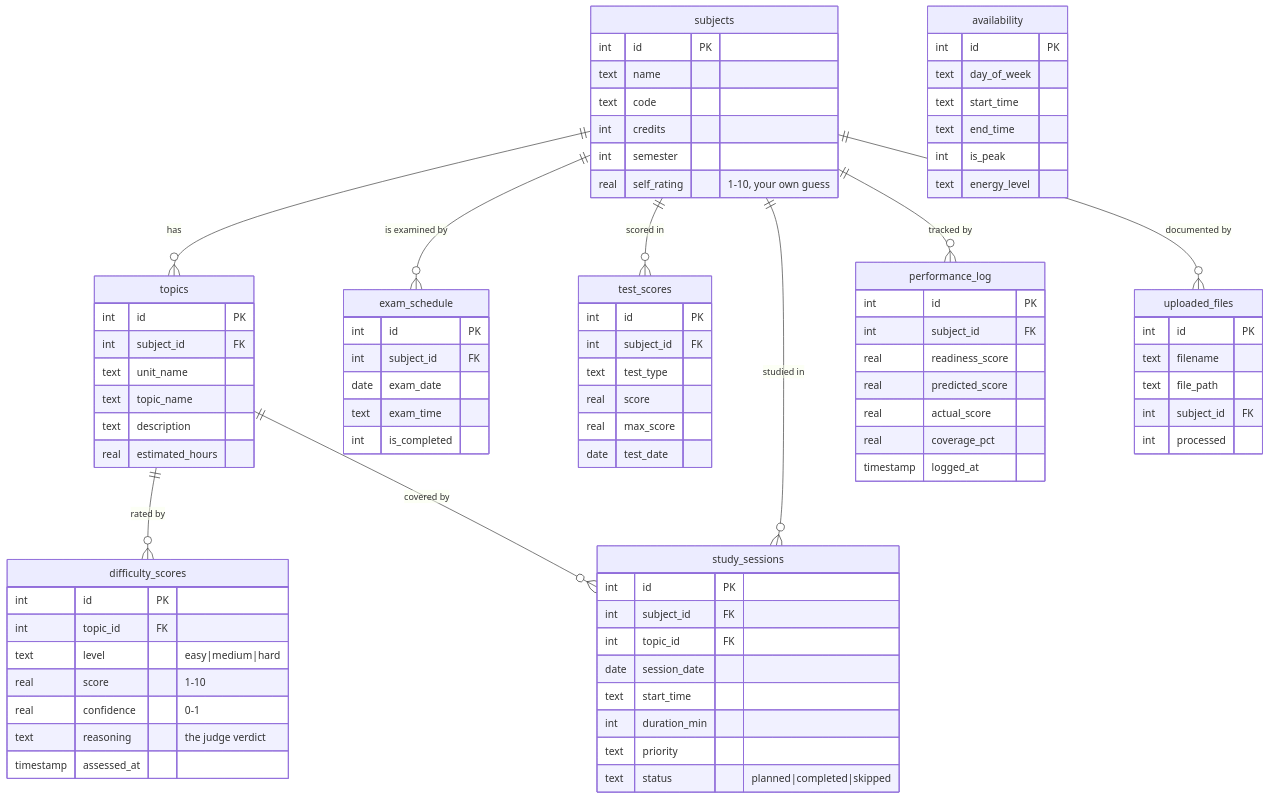
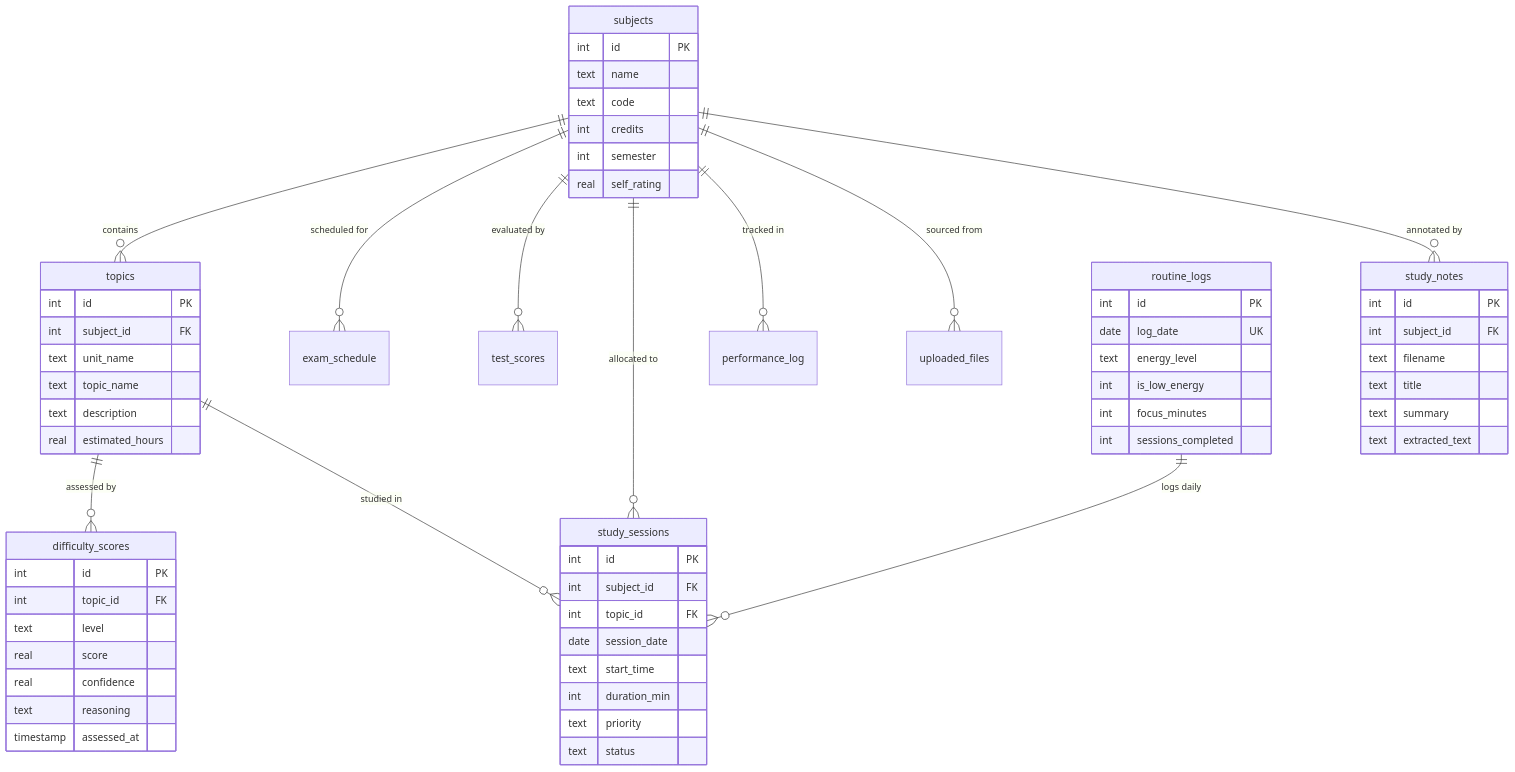
One commit to Ramcharan-Tej-S/SADHANA1.0 changed the sixth of 6 diagrams in README.md. Above: the diagram before and after it, drawn with Mermaid. The commit also changed other lines of this file, not shown here.

````diff
--- a/README.md
+++ b/README.md
@@ -526,13 +428,15 @@
 ```mermaid
 erDiagram
-    subjects ||--o{ topics : "has"
-    subjects ||--o{ exam_schedule : "is examined by"
-    subjects ||--o{ test_scores : "scored in"
-    subjects ||--o{ study_sessions : "studied in"
-    subjects ||--o{ performance_log : "tracked by"
-    subjects ||--o{ uploaded_files : "documented by"
-    topics   ||--o{ difficulty_scores : "rated by"
-    topics   ||--o{ study_sessions : "covered by"
+    subjects ||--o{ topics : "contains"
+    subjects ||--o{ exam_schedule : "scheduled for"
+    subjects ||--o{ test_scores : "evaluated by"
+    subjects ||--o{ study_sessions : "allocated to"
+    subjects ||--o{ performance_log : "tracked in"
+    subjects ||--o{ uploaded_files : "sourced from"
+    subjects ||--o{ study_notes : "annotated by"
+    topics   ||--o{ difficulty_scores : "assessed by"
+    topics   ||--o{ study_sessions : "studied in"
+    routine_logs ||--o{ study_sessions : "logs daily"
 
     subjects {
         int id PK
@@ -540,7 +444,7 @@
         text code
         int credits
         int semester
-        real self_rating "1-10, your own guess"
+        real self_rating
     }
     topics {
         int id PK
@@ -553,34 +457,27 @@
     difficulty_scores {
         int id PK
         int topic_id FK
-        text level "easy|medium|hard"
-        real score "1-10"
-        real confidence "0-1"
-        text reasoning "the judge verdict"
+        text level
+        real score
+        real confidence
+        text reasoning
         timestamp assessed_at
     }
-    exam_schedule {
+    study_notes {
         int id PK
         int subject_id FK
-        date exam_date
-        text exam_time
-        int is_completed
+        text filename
+        text title
+        text summary
+        text extracted_text
     }
-    availability {
+    routine_logs {
         int id PK
-        text day_of_week
-        text start_time
-        text end_time
-        int is_peak
+        date log_date UK
         text energy_level
-    }
-    test_scores {
-        int id PK
-        int subject_id FK
-        text test_type
-        real score
-        real max_score
-        date test_date
+        int is_low_energy
+        int focus_minutes
+        int sessions_completed
     }
     study_sessions {
         int id PK
@@ -590,22 +487,6 @@
         text start_time
         int duration_min
         text priority
-        text status "planned|completed|skipped"
-    }
-    performance_log {
-        int id PK
-        int subject_id FK
-        real readiness_score
-        real predicted_score
-        real actual_score
-        real coverage_pct
-        timestamp logged_at
-    }
-    uploaded_files {
-        int id PK
-        text filename
-        text file_path
-        int subject_id FK
-        int processed
+        text status
     }
 ```
````
